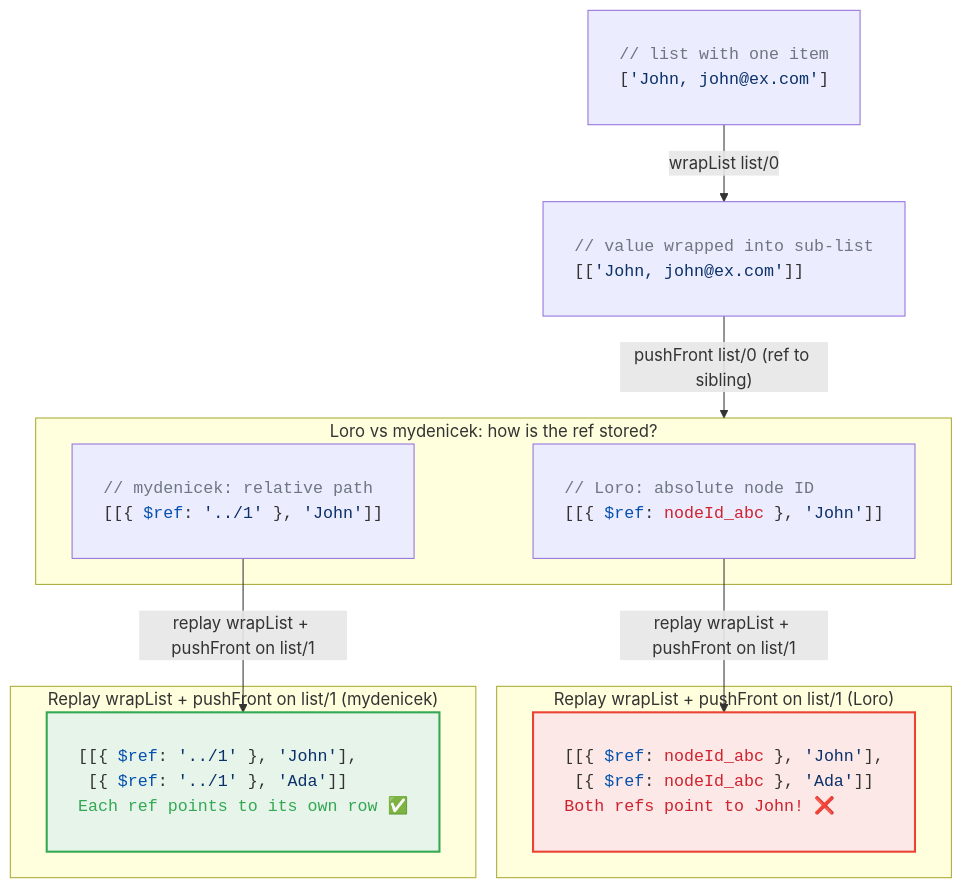
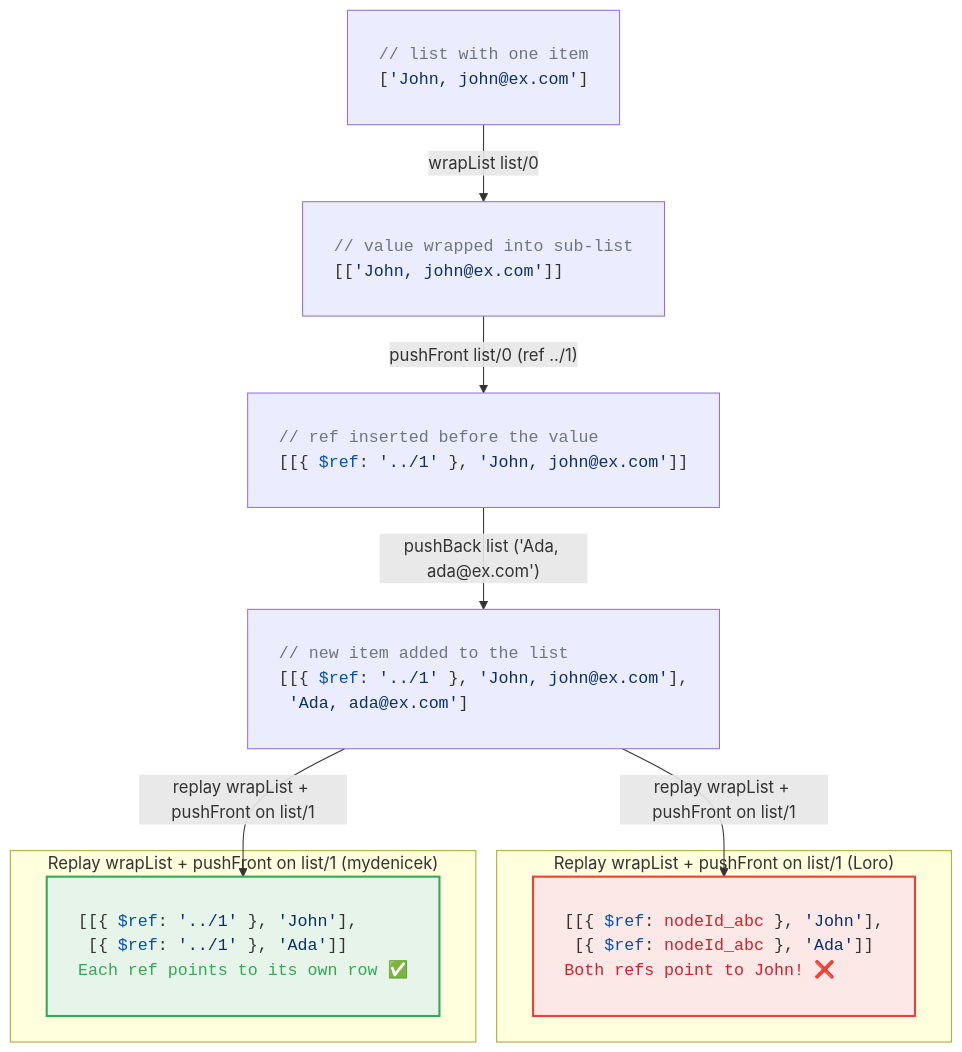
Before and after one commit to krsion/master-thesis: the diagram in img/retargeting.mmd, drawn with Mermaid. The commit also changed 1 other file, not shown here.

Commit message:
Retargeting diagram: add Ada pushBack step, no retargeting needed
Flow: John → wrapList → pushFront ref → pushBack Ada → replay
diverges into Loro (both refs → John) vs mydenicek (each → own row).

```diff
--- a/img/retargeting.mmd
+++ b/img/retargeting.mmd
@@ -1,48 +1,48 @@
 %%{init: {'themeVariables': {'fontFamily': 'monospace'}}}%%
 graph TB
     S1["<pre style='text-align:left'>
 <span style='color:#6e7781'>// list with one item</span>
 [<span style='color:#0a3069'>'John, john@ex.com'</span>]
 </pre>"]
 
     S2["<pre style='text-align:left'>
 <span style='color:#6e7781'>// value wrapped into sub-list</span>
 [[<span style='color:#0a3069'>'John, john@ex.com'</span>]]
 </pre>"]
 
+    S3["<pre style='text-align:left'>
+<span style='color:#6e7781'>// ref inserted before the value</span>
+[[{ <span style='color:#0550ae'>$ref</span>: <span style='color:#0a3069'>'../1'</span> }, <span style='color:#0a3069'>'John, john@ex.com'</span>]]
+</pre>"]
+
+    S4["<pre style='text-align:left'>
+<span style='color:#6e7781'>// new item added to the list</span>
+[[{ <span style='color:#0550ae'>$ref</span>: <span style='color:#0a3069'>'../1'</span> }, <span style='color:#0a3069'>'John, john@ex.com'</span>],
+ <span style='color:#0a3069'>'Ada, ada@ex.com'</span>]
+</pre>"]
+
     S1 -- "wrapList list/0" --> S2
-
-    subgraph diverge["Loro vs mydenicek: how is the ref stored?"]
-        LORO["<pre style='text-align:left'>
-<span style='color:#6e7781'>// Loro: absolute node ID</span>
-[[{ <span style='color:#0550ae'>$ref</span>: <span style='color:#cf222e'>nodeId_abc</span> }, <span style='color:#0a3069'>'John'</span>]]
-</pre>"]
-        CUSTOM["<pre style='text-align:left'>
-<span style='color:#6e7781'>// mydenicek: relative path</span>
-[[{ <span style='color:#0550ae'>$ref</span>: <span style='color:#0a3069'>'../1'</span> }, <span style='color:#0a3069'>'John'</span>]]
-</pre>"]
-    end
-
-    S2 -- "pushFront list/0 (ref to sibling)" --> diverge
+    S2 -- "pushFront list/0 (ref ../1)" --> S3
+    S3 -- "pushBack list ('Ada, ada@ex.com')" --> S4
 
     subgraph replayLoro["Replay wrapList + pushFront on list/1 (Loro)"]
         RL["<pre style='text-align:left'>
 [[{ <span style='color:#0550ae'>$ref</span>: <span style='color:#cf222e'>nodeId_abc</span> }, <span style='color:#0a3069'>'John'</span>],
  [{ <span style='color:#0550ae'>$ref</span>: <span style='color:#cf222e'>nodeId_abc</span> }, <span style='color:#0a3069'>'Ada'</span>]]
 <span style='color:#cf222e'>Both refs point to John! ❌</span>
 </pre>"]
     end
 
     subgraph replayCustom["Replay wrapList + pushFront on list/1 (mydenicek)"]
         RC["<pre style='text-align:left'>
 [[{ <span style='color:#0550ae'>$ref</span>: <span style='color:#0a3069'>'../1'</span> }, <span style='color:#0a3069'>'John'</span>],
  [{ <span style='color:#0550ae'>$ref</span>: <span style='color:#0a3069'>'../1'</span> }, <span style='color:#0a3069'>'Ada'</span>]]
 <span style='color:#34a853'>Each ref points to its own row ✅</span>
 </pre>"]
     end
 
-    LORO -- "replay wrapList + pushFront on list/1" --> RL
-    CUSTOM -- "replay wrapList + pushFront on list/1" --> RC
+    S4 -- "replay wrapList + pushFront on list/1" --> RL
+    S4 -- "replay wrapList + pushFront on list/1" --> RC
 
     style RL fill:#fce8e6,stroke:#ea4335,stroke-width:2px
     style RC fill:#e6f4ea,stroke:#34a853,stroke-width:2px
```
